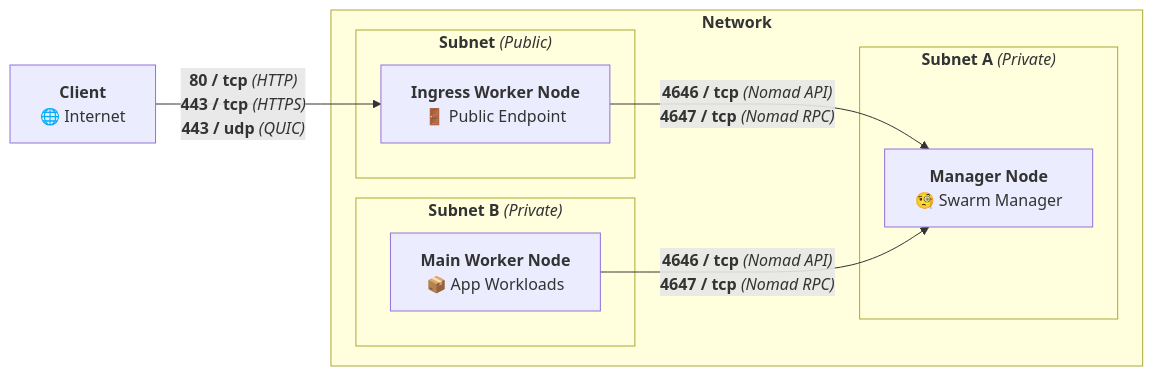
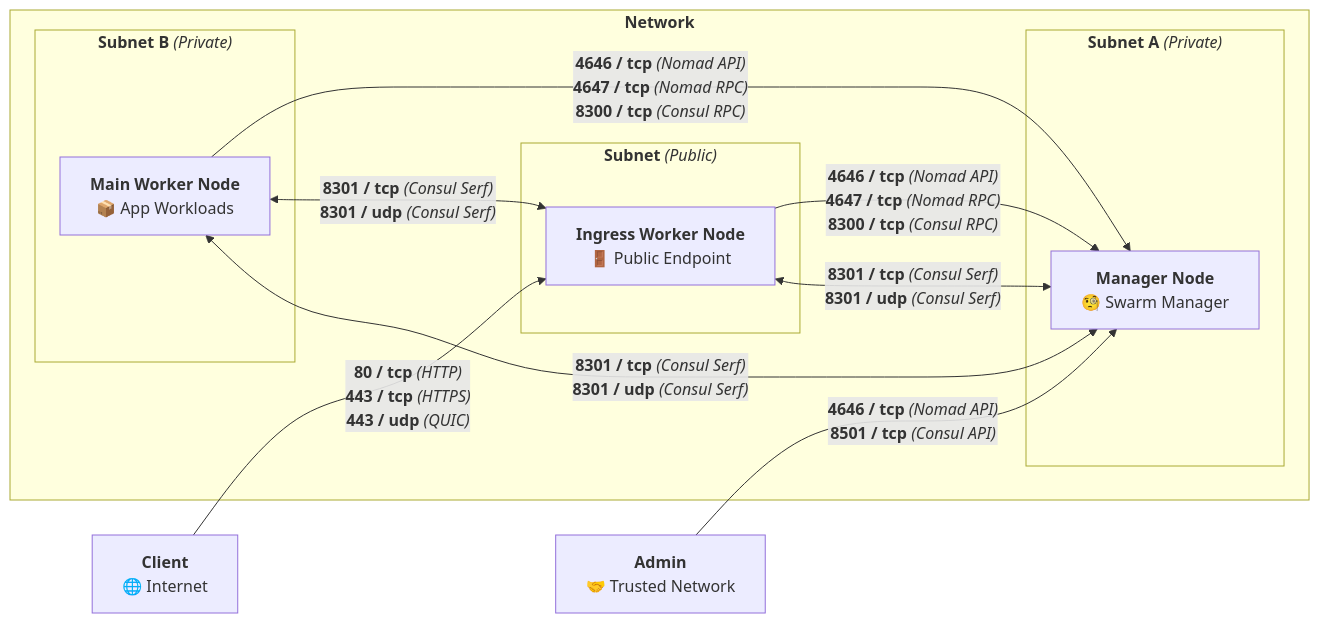
Before and after one commit to cloud-skeleton/prerequisites: the diagram in README.md, drawn with Mermaid.

Commit message:
diagram up

````diff
--- a/README.md
+++ b/README.md
@@ -21,25 +21,35 @@
 ```mermaid
 graph LR
 
   external_client["<b>Client</b><br>🌐 Internet"]
+
+  admin["<b>Admin</b><br>🤝 Trusted Network"]
 
   subgraph "<b>Network</b>"
     subgraph "<b>Subnet</b> <i>(Public)</i>"
       ingress["<b>Ingress Worker Node</b><br>🚪 Public Endpoint"]
     end
 
     subgraph "<b>Subnet A</b> <i>(Private)</i>"
       manager["<b>Manager Node</b><br>🧐 Swarm Manager"]
     end
 
     subgraph "<b>Subnet B</b> <i>(Private)</i>"
       worker["<b>Main Worker Node</b><br>📦 App Workloads"]
     end
   end
 
   external_client -->|"<b>80 / tcp</b> <i>(HTTP)</i><br><b>443 / tcp</b> <i>(HTTPS)</i><br><b>443 / udp</b> <i>(QUIC)</i>"| ingress
 
-  ingress -->|"<b>4646 / tcp</b> <i>(Nomad API)</i><br><b>4647 / tcp</b> <i>(Nomad RPC)</i>"| manager
+  ingress -->|"<b>4646 / tcp</b> <i>(Nomad API)</i><br><b>4647 / tcp</b> <i>(Nomad RPC)</i><br><b>8300 / tcp</b> <i>(Consul RPC)</i>"| manager
 
-  worker -->|"<b>4646 / tcp</b> <i>(Nomad API)</i><br><b>4647 / tcp</b> <i>(Nomad RPC)</i>"| manager
+  worker -->|"<b>4646 / tcp</b> <i>(Nomad API)</i><br><b>4647 / tcp</b> <i>(Nomad RPC)</i><br><b>8300 / tcp</b> <i>(Consul RPC)</i>"| manager
+
+  worker <-->|"<b>8301 / tcp</b> <i>(Consul Serf)</i><br><b>8301 / udp</b> <i>(Consul Serf)</i>"| ingress
+
+  worker <-->|"<b>8301 / tcp</b> <i>(Consul Serf)</i><br><b>8301 / udp</b> <i>(Consul Serf)</i>"| manager
+
+  ingress <-->|"<b>8301 / tcp</b> <i>(Consul Serf)</i><br><b>8301 / udp</b> <i>(Consul Serf)</i>"| manager
+
+  admin -->|"<b>4646 / tcp</b> <i>(Nomad API)</i><br><b>8501 / tcp</b> <i>(Consul API)</i>"| manager
 ```
````
